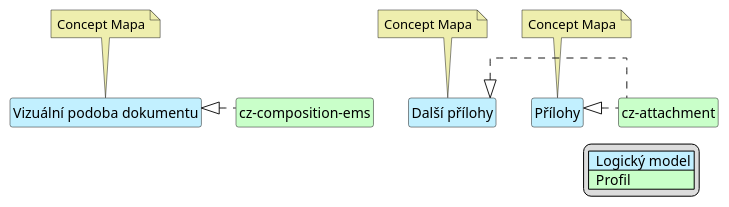
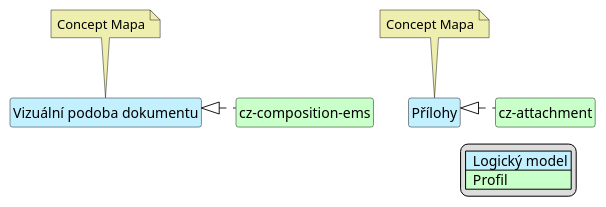
Before and after one commit to HL7-cz/cz-ems: the diagram in input/images-source/emsAttach-map-cs.plantuml, drawn with PlantUML. The commit also changed 1 other file, not shown here.

```diff
--- a/input/images-source/emsAttach-map-cs.plantuml
+++ b/input/images-source/emsAttach-map-cs.plantuml
@@ -1,42 +1,35 @@
 @startuml
 hide circle
 hide stereotype
 hide members
 hide methods
 skinparam linetype ortho
 skinparam class {
 BackgroundColor<<LogicalModel>> #APPLICATION
 BackgroundColor<<Profile>> #TECHNOLOGY
 }
 legend right
 | <#APPLICATION>  Logický model |
 | <#TECHNOLOGY>  Profil |
 endlegend
 
-class "Přílohy" <<LogicalModel>> [[StructureDefinition-LogAttachmentsEmsCz.html]]
-note top #EEEEAE [[ConceptMap-AttachmentEMS2FHIR-cz.html]]
-Concept Mapa
-endnote
-
-class "Další přílohy" <<LogicalModel>> [[StructureDefinition-LogAttachmentsCz.html]]
+class "Přílohy" <<LogicalModel>> [[StructureDefinition-LogAttachmentsCz.html]]
 note top #EEEEAE [[ConceptMap-AttachmentEMS2FHIR-cz.html]]
 Concept Mapa
 endnote
 
 class "Vizuální podoba dokumentu" <<LogicalModel>> [[StructureDefinition-LogPresentedFormCz.html]]
 note top #EEEEAE [[ConceptMap-AttachmentEMS2FHIR-cz.html]]
 Concept Mapa
 endnote
 
 class "cz-composition-ems" <<Profile>> [[https://build.fhir.org/ig/HL7-cz/cz-ems/StructureDefinition-cz-composition-ems.html]]
 class "cz-attachment" <<Profile>> [[https://build.fhir.org/ig/HL7-cz/cz-core/StructureDefinition-cz-attachment.html]]
 
 "Vizuální podoba dokumentu" <|. "cz-composition-ems"
-"Další přílohy" <|. "cz-attachment"
 "Přílohy" <|. "cz-attachment"
 
 "Vizuální podoba dokumentu" -d[hidden]-> "cz-composition-ems"
-"Další přílohy" -d[hidden]-> "cz-attachment"
 "Přílohy" -d[hidden]-> "cz-attachment"
 
 @enduml
```
